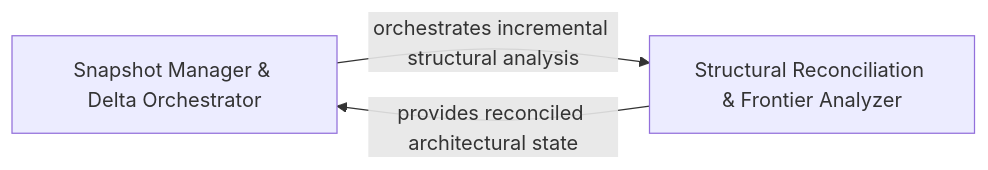
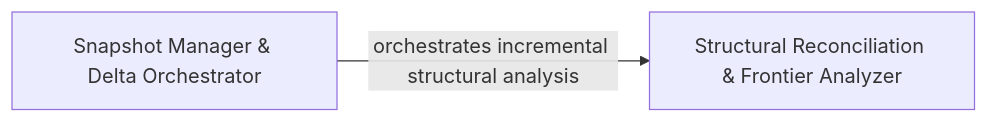
The diagram in .codeboarding/Cluster_Evolution_Delta_Processor.md (CodeBoarding/CodeBoarding), drawn with Mermaid before and after one commit. The commit also changed 21 other files, not shown here.

Commit message:
chore(codeboarding): sync architecture baseline

````diff
--- a/.codeboarding/Cluster_Evolution_Delta_Processor.md
+++ b/.codeboarding/Cluster_Evolution_Delta_Processor.md
@@ -1,7 +1,6 @@
 ```mermaid
 graph LR
     Snapshot_Manager_Delta_Orchestrator["Snapshot Manager & Delta Orchestrator"]
     Structural_Reconciliation_Frontier_Analyzer["Structural Reconciliation & Frontier Analyzer"]
     Snapshot_Manager_Delta_Orchestrator -- "orchestrates incremental structural analysis" --> Structural_Reconciliation_Frontier_Analyzer
-    Structural_Reconciliation_Frontier_Analyzer -- "provides reconciled architectural state" --> Snapshot_Manager_Delta_Orchestrator
 ```
````
